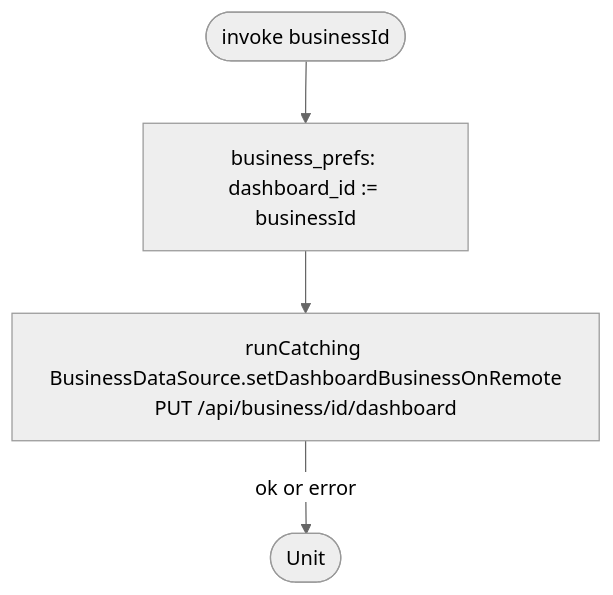
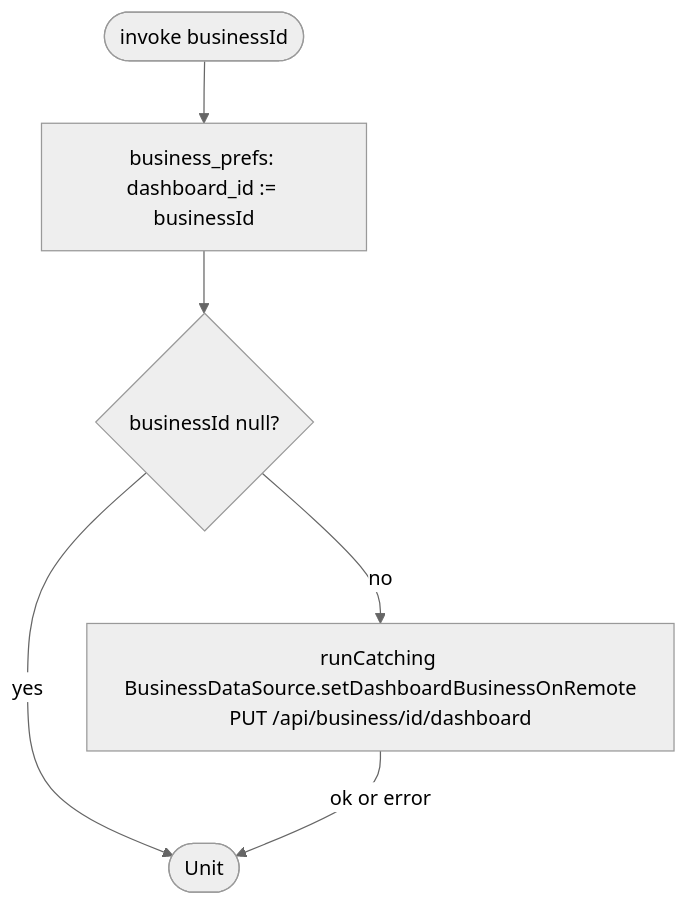
One commit to nocturneproperties/bookkme-client changed the diagram in docs/operations/business/switch-dashboard-business.md. Above: the diagram before and after it, drawn with Mermaid (neutral theme). The commit also changed other lines of this file and 79 other files, not shown here.

````diff
--- a/docs/operations/business/switch-dashboard-business.md
+++ b/docs/operations/business/switch-dashboard-business.md
@@ -13,6 +16,8 @@
 ```mermaid
 flowchart TD
     Start([invoke businessId]) --> Local[business_prefs: dashboard_id := businessId]
-    Local --> Net[runCatching BusinessDataSource.setDashboardBusinessOnRemote<br/>PUT /api/business/id/dashboard]
+    Local --> Null{businessId null?}
+    Null -- yes --> R
+    Null -- no --> Net[runCatching BusinessDataSource.setDashboardBusinessOnRemote<br/>PUT /api/business/id/dashboard]
     Net -- ok or error --> R([Unit])
 ```
````
